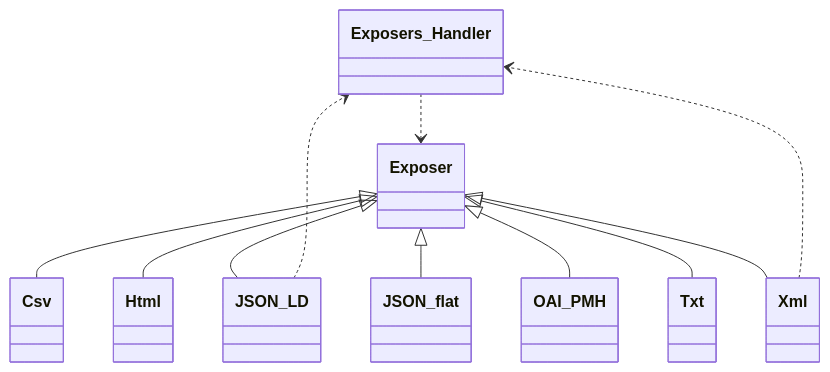
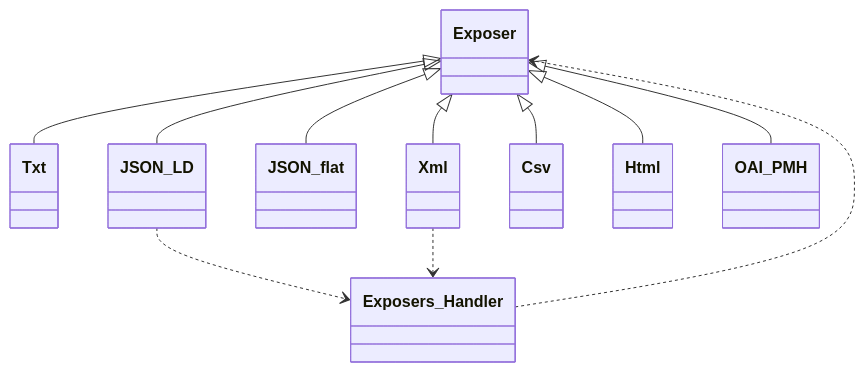
The sixth of 13 diagrams in docs/phpdoc/Home.md (tainacan/tainacan), drawn with Mermaid before and after one commit. The commit also changed other lines of this file and 73 other files, not shown here.

First line of the commit message:
docs: Adds documentation regarding OAI-PMH refactor

````diff
--- a/docs/phpdoc/Home.md
+++ b/docs/phpdoc/Home.md
@@ -446,23 +446,23 @@
 ```mermaid
 classDiagram
     direction TB
+    class Exposer { }
+    class Txt { }
+    class JSON_LD { }
+    class JSON_flat { }
+    class Xml { }
+    class Csv { }
+    class Html { }
+    class OAI_PMH { }
     class Exposers_Handler { }
-    class Html { }
-    class Exposer { }
-    class JSON_LD { }
-    class Csv { }
-    class Xml { }
-    class JSON_flat { }
-    class Txt { }
-    class OAI_PMH { }
     Exposer <|-- Csv
     Exposer <|-- Html
     Exposer <|-- JSON_LD
     Exposer <|-- JSON_flat
     Exposer <|-- OAI_PMH
     Exposer <|-- Txt
     Exposer <|-- Xml
     Exposers_Handler ..> Exposer
     JSON_LD ..> Exposers_Handler
     Xml ..> Exposers_Handler
 ```
````
